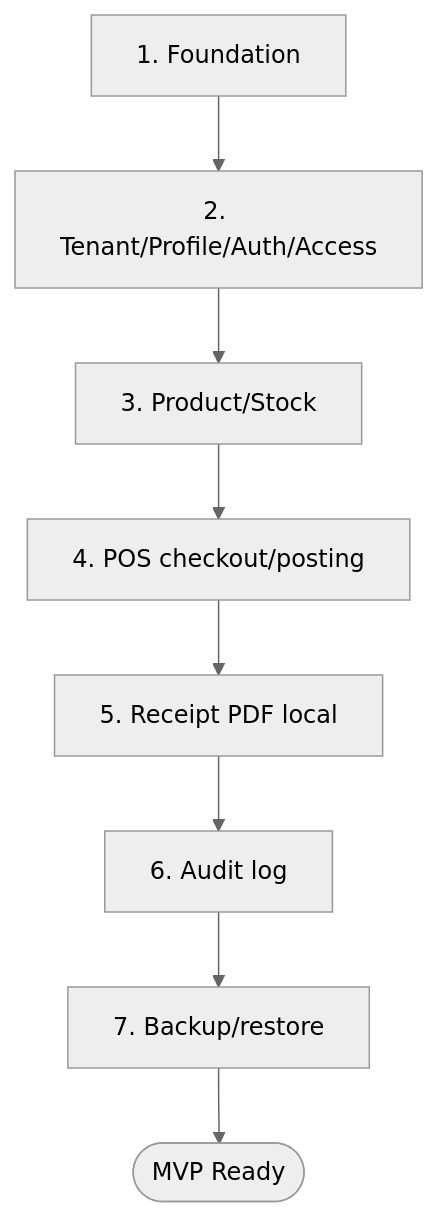
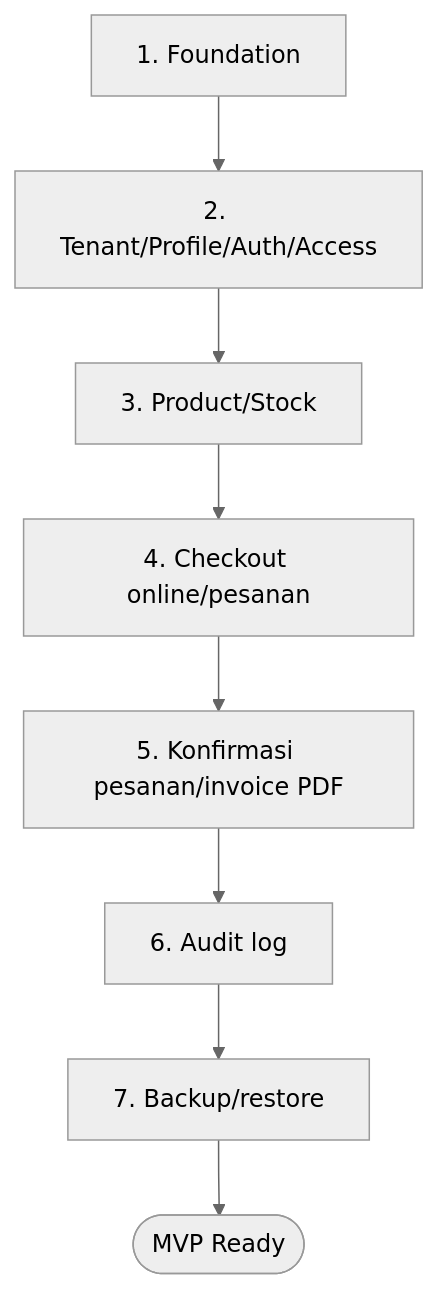
The second of 2 diagrams in docs/awcms-micro/02_prd_detail_per_modul.md (ahliweb/awcms-micro), drawn with Mermaid (neutral theme) before and after one commit. The commit also changed other lines of this file and 24 other files, not shown here.

First line of the commit message:
docs(adr-0034): Round 2 — reframe docs 02–19 running examples from retail/POS to website/online-store (#301)

````diff
--- a/docs/awcms-micro/02_prd_detail_per_modul.md
+++ b/docs/awcms-micro/02_prd_detail_per_modul.md
@@ -343,10 +303,10 @@
 ```mermaid
 flowchart TB
   P1[1. Foundation] --> P2[2. Tenant/Profile/Auth/Access]
   P2 --> P3[3. Product/Stock]
-  P3 --> P4[4. POS checkout/posting]
-  P4 --> P5[5. Receipt PDF local]
+  P3 --> P4[4. Checkout online/pesanan]
+  P4 --> P5[5. Konfirmasi pesanan/invoice PDF]
   P5 --> P6[6. Audit log]
   P6 --> P7[7. Backup/restore]
   P7 --> Ready([MVP Ready])
 ```
````
